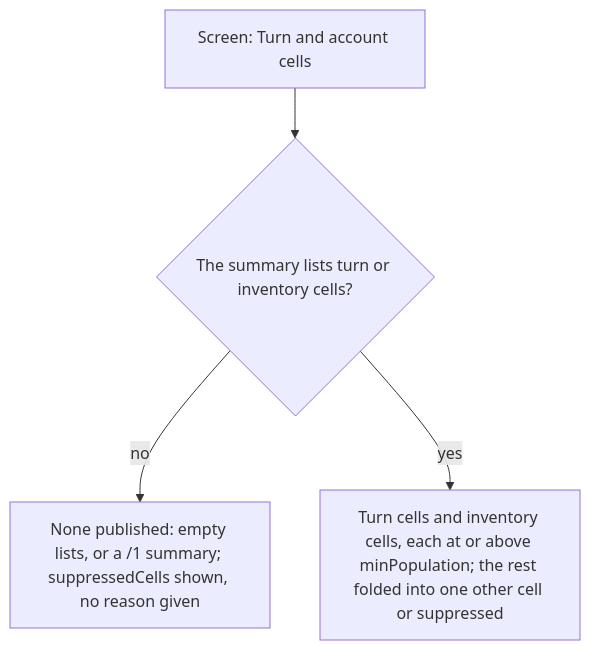
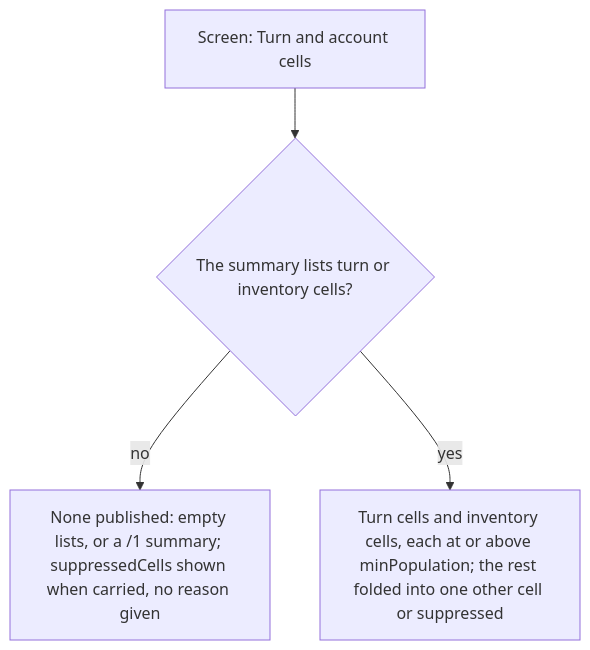
Before and after one commit to passioncode-ai/fabric-agent-contract: diagram 35 of 35 in docs/ux/flows.md, drawn with Mermaid. The commit also changed 6 other files, not shown here.

Commit message:
Fixes wave round 4 seam folded: FAC-SEM-179 never throws on a member that cannot be printed (show, DEC-0082), both kinds swept; suppressedCells shown when carried; another repository's SCN-055 named as theirs

````diff
--- a/docs/ux/flows.md
+++ b/docs/ux/flows.md
@@ -1014,6 +1014,6 @@
 ```mermaid
 flowchart TD
   A[Screen: Turn and account cells] --> R{The summary lists turn or inventory cells?}
-  R -->|no| N[None published: empty lists, or a /1 summary; suppressedCells shown, no reason given]
+  R -->|no| N[None published: empty lists, or a /1 summary; suppressedCells shown when carried, no reason given]
   R -->|yes| S[Turn cells and inventory cells, each at or above minPopulation; the rest folded into one other cell or suppressed]
 ```
````
